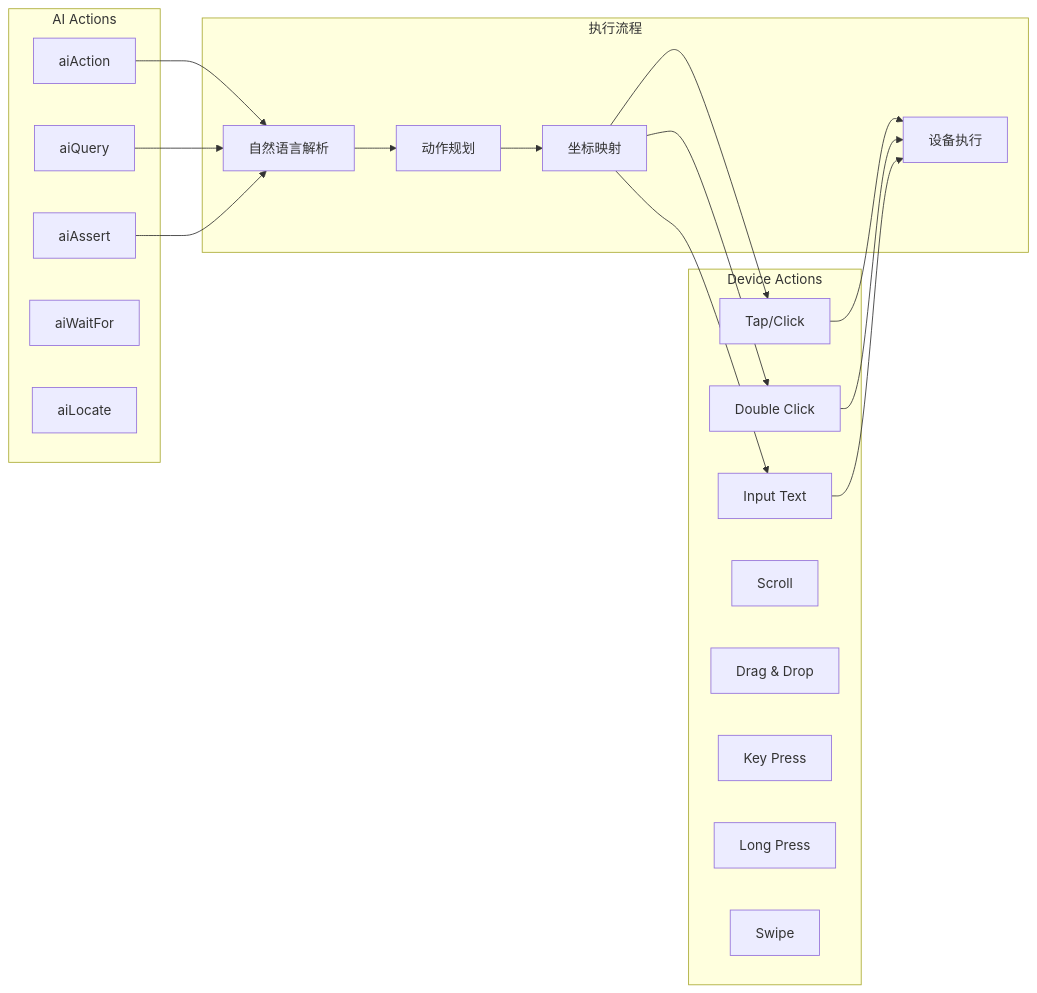
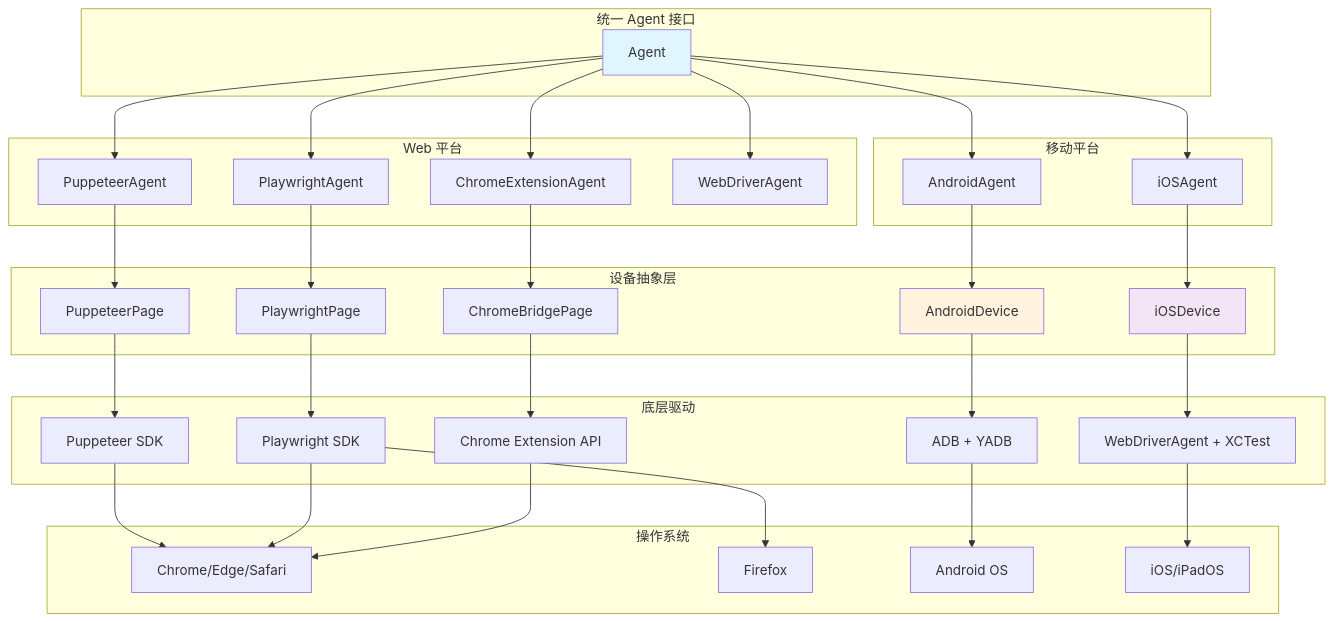
The fifth of 9 diagrams in README.md (zhuozp/AI-UI-), drawn with Mermaid before and after one commit. The commit also changed other lines of this file, not shown here.

````diff
--- a/README.md
+++ b/README.md
@@ -316,40 +348,71 @@
 ```mermaid
-graph LR
-    subgraph "Device Actions"
-        A[Tap/Click]
-        B[Double Click]
-        C[Input Text]
-        D[Scroll]
-        E[Drag & Drop]
-        F[Key Press]
-        G[Long Press]
-        H[Swipe]
+graph TB
+    subgraph "统一 Agent 接口"
+        UA[Agent<AbstractInterface>]
     end
     
-    subgraph "AI Actions"
-        I[aiAction]
-        J[aiQuery]
-        K[aiAssert]
-        L[aiWaitFor]
-        M[aiLocate]
+    subgraph "Web 平台"
+        W1[PuppeteerAgent]
+        W2[PlaywrightAgent] 
+        W3[ChromeExtensionAgent]
+        W4[WebDriverAgent]
     end
     
-    subgraph "执行流程"
-        N[自然语言解析]
-        O[动作规划]
-        P[坐标映射]
-        Q[设备执行]
+    subgraph "移动平台"
+        M1[AndroidAgent]
+        M2[iOSAgent]
     end
     
-    I --> N
-    J --> N
-    K --> N
-    N --> O
-    O --> P
-    P --> A
-    P --> B
-    P --> C
-    A --> Q
-    B --> Q
-    C --> Q
+    subgraph "设备抽象层"
+        D1[PuppeteerPage]
+        D2[PlaywrightPage]
+        D3[ChromeBridgePage]
+        D4[AndroidDevice]
+        D5[iOSDevice]
+    end
+    
+    subgraph "底层驱动"
+        L1[Puppeteer SDK]
+        L2[Playwright SDK]
+        L3[Chrome Extension API]
+        L4[ADB + YADB]
+        L5[WebDriverAgent + XCTest]
+    end
+    
+    subgraph "操作系统"
+        O1[Chrome/Edge/Safari]
+        O2[Firefox]
+        O3[Android OS]
+        O4[iOS/iPadOS]
+    end
+    
+    UA --> W1
+    UA --> W2  
+    UA --> W3
+    UA --> W4
+    UA --> M1
+    UA --> M2
+    
+    W1 --> D1
+    W2 --> D2
+    W3 --> D3
+    M1 --> D4
+    M2 --> D5
+    
+    D1 --> L1
+    D2 --> L2
+    D3 --> L3
+    D4 --> L4
+    D5 --> L5
+    
+    L1 --> O1
+    L2 --> O1
+    L2 --> O2
+    L3 --> O1
+    L4 --> O3
+    L5 --> O4
+    
+    style UA fill:#e1f5fe
+    style D4 fill:#fff3e0
+    style D5 fill:#f3e5f5
 ```
````
